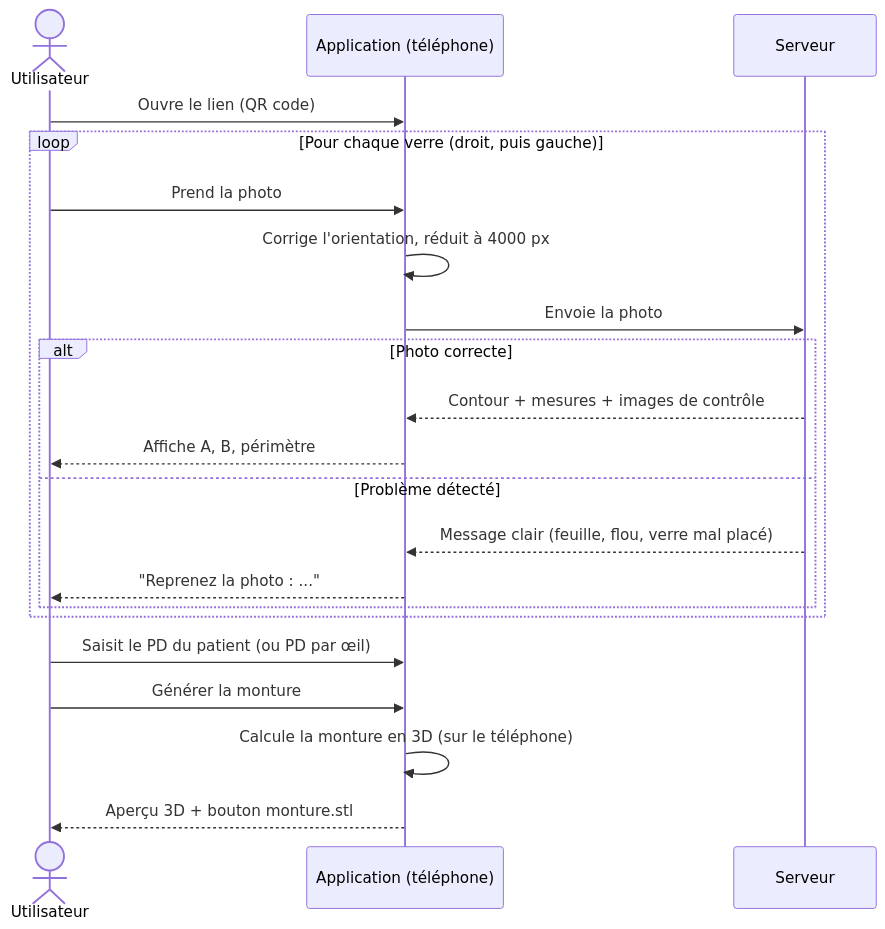
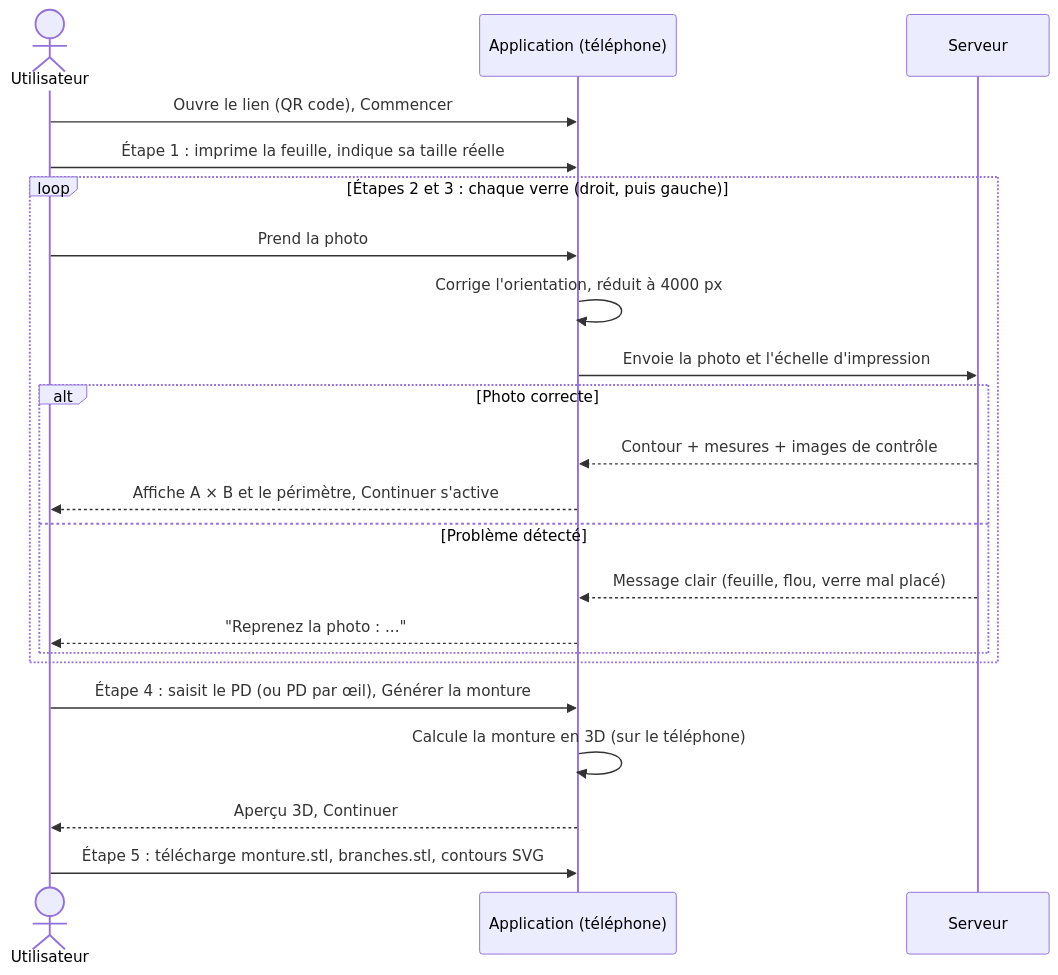
The first of 3 diagrams in docs/fonctionnement.md (CodeMLYummy/optiframe), drawn with Mermaid before and after one commit. The commit also changed other lines of this file, not shown here.

Commit message:
docs: describe the guided five-step flow in fonctionnement

````diff
--- a/docs/fonctionnement.md
+++ b/docs/fonctionnement.md
@@ -5,24 +23,25 @@
 ```mermaid
 sequenceDiagram
     actor U as Utilisateur
     participant App as Application (téléphone)
     participant API as Serveur
 
-    U->>App: Ouvre le lien (QR code)
-    loop Pour chaque verre (droit, puis gauche)
+    U->>App: Ouvre le lien (QR code), Commencer
+    U->>App: Étape 1 : imprime la feuille, indique sa taille réelle
+    loop Étapes 2 et 3 : chaque verre (droit, puis gauche)
         U->>App: Prend la photo
         App->>App: Corrige l'orientation, réduit à 4000 px
-        App->>API: Envoie la photo
+        App->>API: Envoie la photo et l'échelle d'impression
         alt Photo correcte
             API-->>App: Contour + mesures + images de contrôle
-            App-->>U: Affiche A, B, périmètre
+            App-->>U: Affiche A × B et le périmètre, Continuer s'active
         else Problème détecté
             API-->>App: Message clair (feuille, flou, verre mal placé)
             App-->>U: "Reprenez la photo : ..."
         end
     end
-    U->>App: Saisit le PD du patient (ou PD par œil)
-    U->>App: Générer la monture
+    U->>App: Étape 4 : saisit le PD (ou PD par œil), Générer la monture
     App->>App: Calcule la monture en 3D (sur le téléphone)
-    App-->>U: Aperçu 3D + bouton monture.stl
+    App-->>U: Aperçu 3D, Continuer
+    U->>App: Étape 5 : télécharge monture.stl, branches.stl, contours SVG
 ```
````
